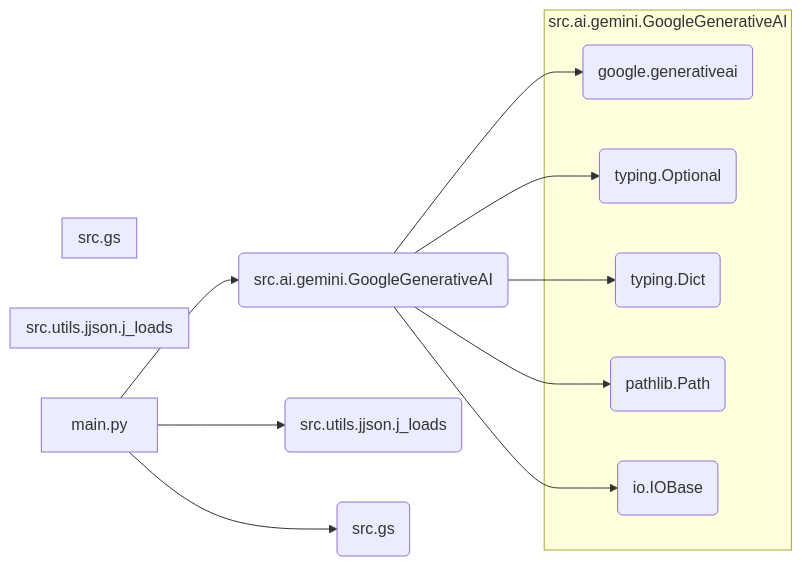
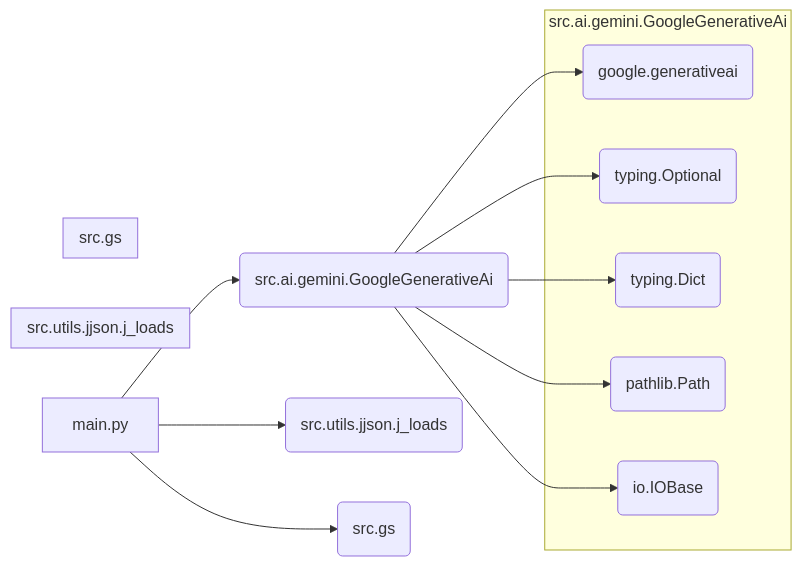
One commit to hypo69/hypotez changed the second of 2 diagrams in docs/gemini/data4model_trainig/ru/explainer/src/endpoints/gemini_simplechat/README.MD.md. Above: the diagram before and after it, drawn with Mermaid. The commit also changed other lines of this file and 245 other files, not shown here.

````diff
--- a/docs/gemini/data4model_trainig/ru/explainer/src/endpoints/gemini_simplechat/README.MD.md
+++ b/docs/gemini/data4model_trainig/ru/explainer/src/endpoints/gemini_simplechat/README.MD.md
@@ -237,26 +237,26 @@
 ```mermaid
 graph LR
-    A[main.py] --> B(src.ai.gemini.GoogleGenerativeAI);
+    A[main.py] --> B(src.ai.gemini.GoogleGenerativeAi);
     A --> C(src.utils.jjson.j_loads);
     A --> D(src.gs);
 
     B --> E(google.generativeai);
     B --> F(typing.Optional);
     B --> G(typing.Dict);
     B --> H(pathlib.Path);
     B --> I(io.IOBase);
 
-    subgraph src.ai.gemini.GoogleGenerativeAI
+    subgraph src.ai.gemini.GoogleGenerativeAi
         E
         F
         G
         H
         I
     end
 
     subgraph src.utils.jjson.j_loads
     end
 
     subgraph src.gs
     end
 ```
````
